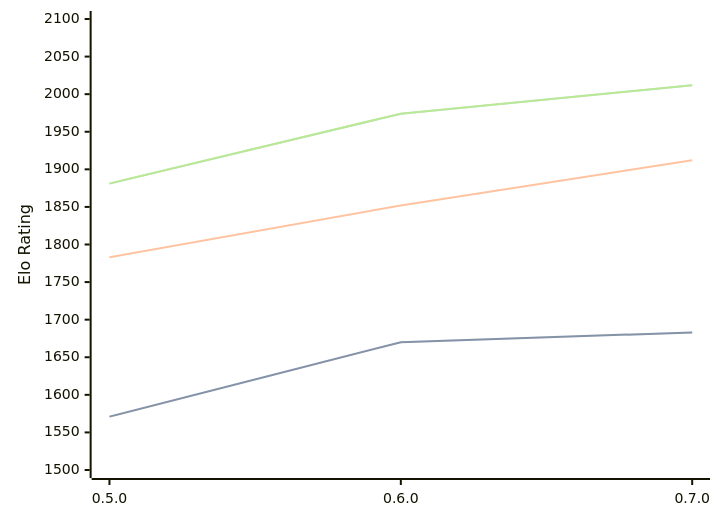
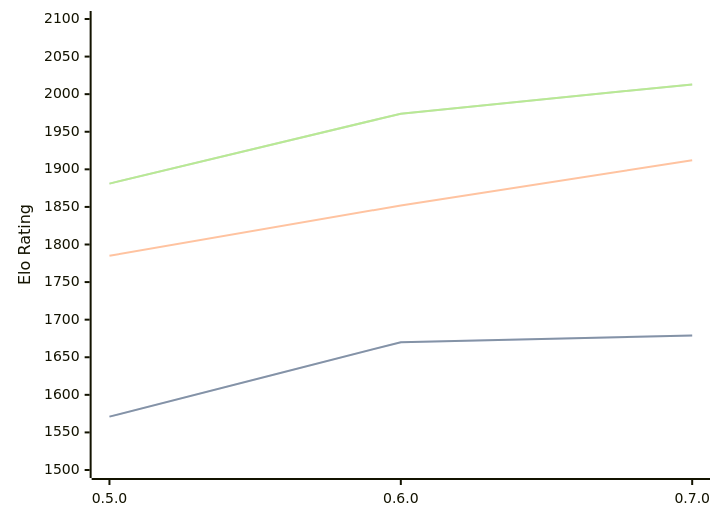
The diagram in engines/Chess-rs.md (computer-chess-index/cci), drawn with Mermaid before and after one commit. The commit also changed other lines of this file, not shown here.

Commit message:
Update CCI Ratings (ELO VLTC) - 2026-08-16

````diff
--- a/engines/Chess-rs.md
+++ b/engines/Chess-rs.md
@@ -33,11 +33,11 @@
 ```mermaid
 %%{init: {"theme":"base","themeVariables":{"seriesColors:['#a3a3a3','#222221','#faa371']}}}%%
 xychart-beta
   x-axis ["0.5.0", "0.6.0", "0.7.0"]
   y-axis "Elo Rating" 1500 --> 2100
-  line "STC (8.0+0.08s)" [1571, 1670, 1683]
-  line "STC (8.0+0.08s)" [1571, 1670, 1683]
-  line "LTC (60.0+0.60s)" [1783, 1852, 1912]
-  line "VLTC (2m24s+1.12s)" [1881, 1974, 2012]
-  line "VLTC (2m24s+1.12s)" [1881, 1974, 2012]
+  line "STC (8.0+0.08s)" [1571, 1670, 1679]
+  line "STC (8.0+0.08s)" [1571, 1670, 1679]
+  line "LTC (60.0+0.60s)" [1785, 1852, 1912]
+  line "VLTC (2m24s+1.12s)" [1881, 1974, 2013]
+  line "VLTC (2m24s+1.12s)" [1881, 1974, 2013]
 ```
````
